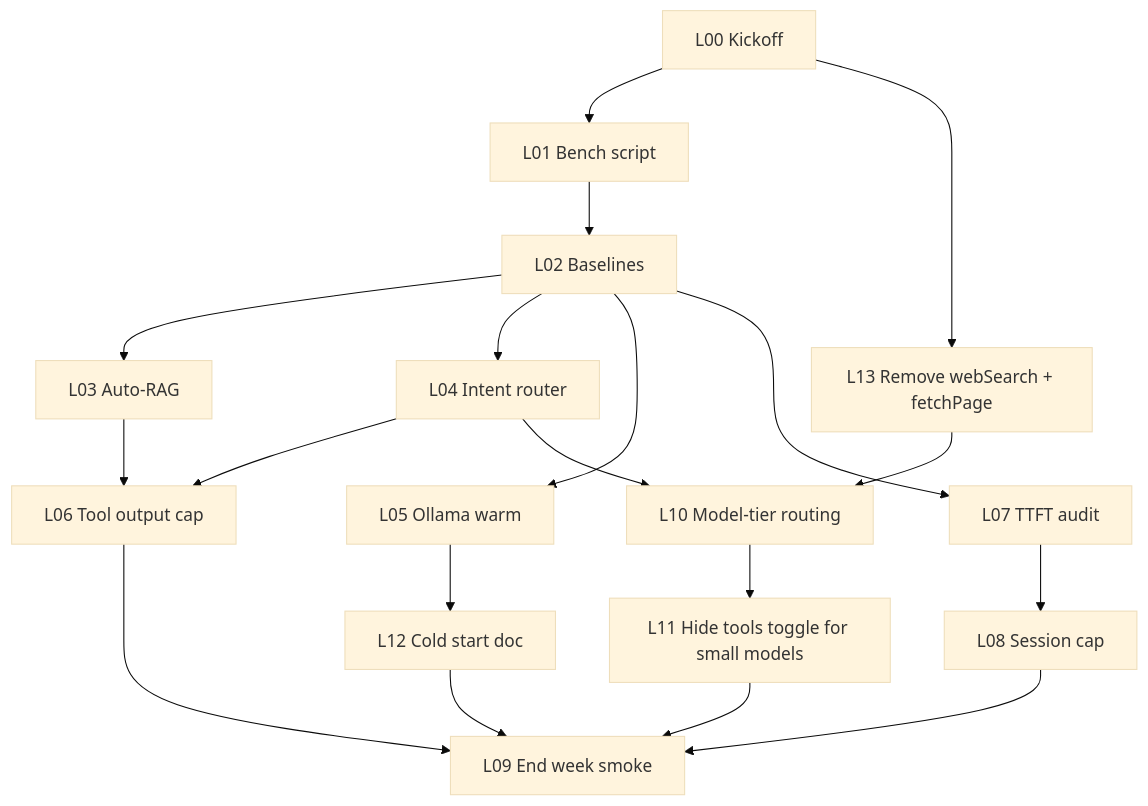
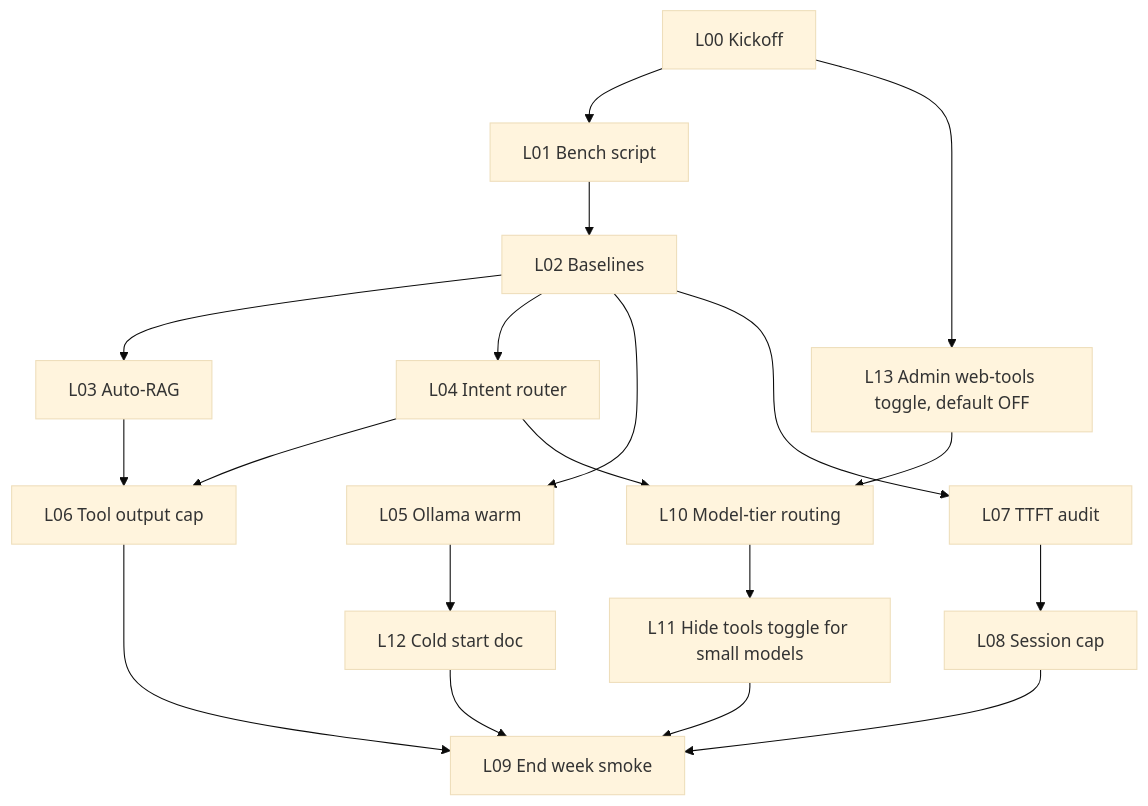
Before and after one commit to EduAI-Lab/EduAI: the second of 2 diagrams in docs/rag-ai/latency/eduai-summer-2026/TEAM_CHAT_LATENCY_SPRINT_GUIDE.md, drawn with Mermaid (base theme). The commit also changed other lines of this file and 4 other files, not shown here.

````diff
--- a/docs/rag-ai/latency/eduai-summer-2026/TEAM_CHAT_LATENCY_SPRINT_GUIDE.md
+++ b/docs/rag-ai/latency/eduai-summer-2026/TEAM_CHAT_LATENCY_SPRINT_GUIDE.md
@@ -107,21 +107,21 @@
 ```mermaid
 flowchart TB
   L00[L00 Kickoff] --> L01[L01 Bench script]
-  L00 --> L13[L13 Remove webSearch + fetchPage]
+  L00 --> L13[L13 Admin web-tools toggle, default OFF]
   L01 --> L02[L02 Baselines]
   L02 --> L03[L03 Auto-RAG]
   L02 --> L04[L04 Intent router]
   L02 --> L05[L05 Ollama warm]
   L02 --> L07[L07 TTFT audit]
   L05 --> L12[L12 Cold start doc]
   L03 --> L06[L06 Tool output cap]
   L04 --> L06
   L04 --> L10[L10 Model-tier routing]
   L13 --> L10
   L10 --> L11[L11 Hide tools toggle for small models]
   L07 --> L08[L08 Session cap]
   L11 --> L09[L09 End week smoke]
   L12 --> L09
   L08 --> L09
   L06 --> L09
 ```
````
